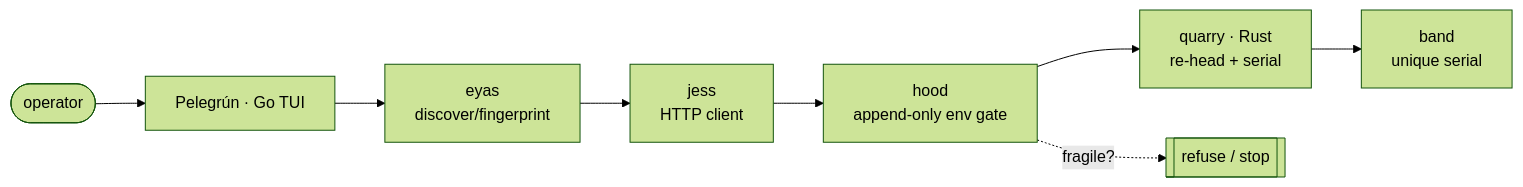
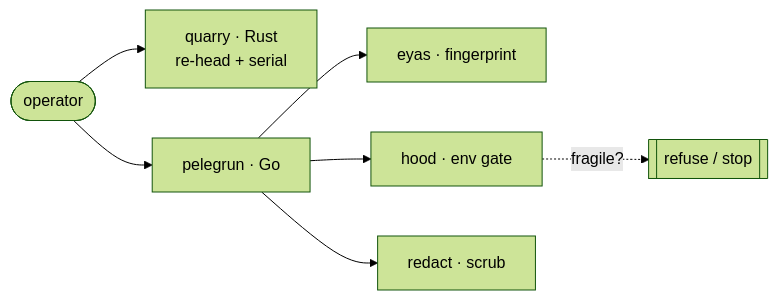
One commit to ParkWardRR/pelegrun-ap-hk07-firmware-tools changed the diagram in README.md. Above: the diagram before and after it, drawn with Mermaid (forest theme). The commit also changed other lines of this file and 12 other files, not shown here.

First line of the commit message:
refactor: simplify roadmap, remove dead code and internal specs

````diff
--- a/README.md
+++ b/README.md
@@ -95,10 +102,9 @@
 ```mermaid
 flowchart LR
-  U([operator]) --> S[Pelegrún · Go TUI]
-  S --> E[eyas<br/>discover/fingerprint]
-  E --> J[jess<br/>HTTP client]
-  J --> H[hood<br/>append-only env gate]
-  H --> Q[quarry · Rust<br/>re-head + serial]
-  Q --> B[band<br/>unique serial]
+  U([operator]) --> Q[quarry · Rust<br/>re-head + serial]
+  U --> P[pelegrun · Go]
+  P --> E[eyas · fingerprint]
+  P --> H[hood · env gate]
+  P --> R[redact · scrub]
   H -. fragile? .-> X[[refuse / stop]]
 ```
````
